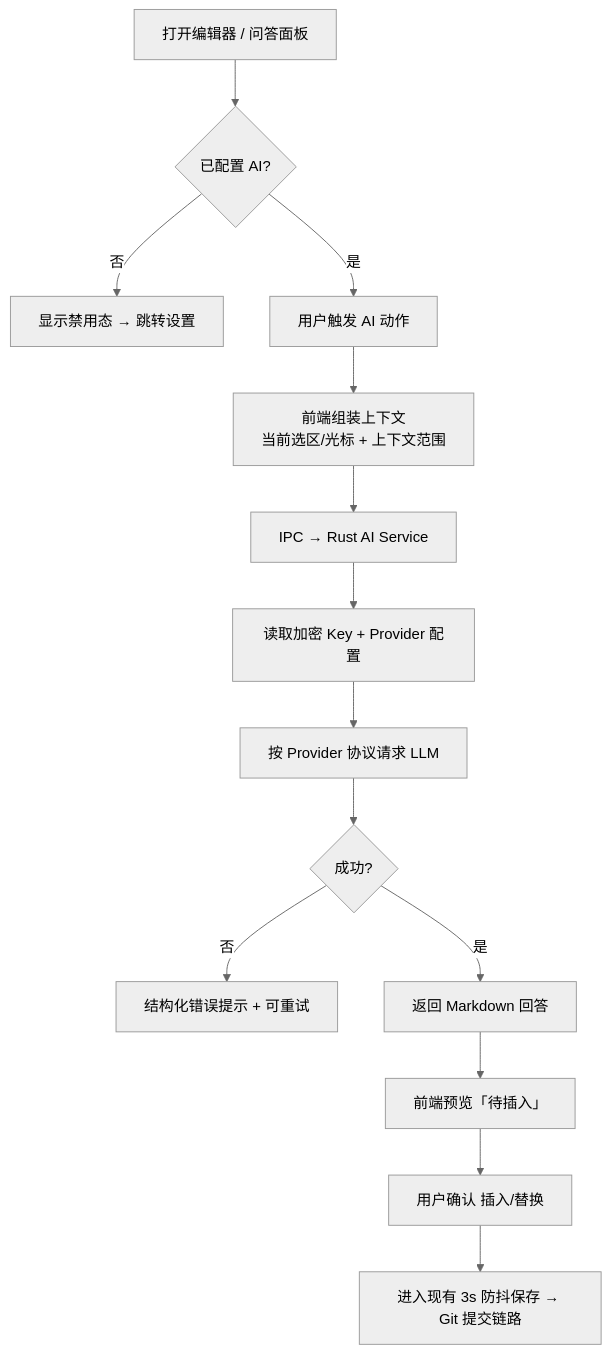
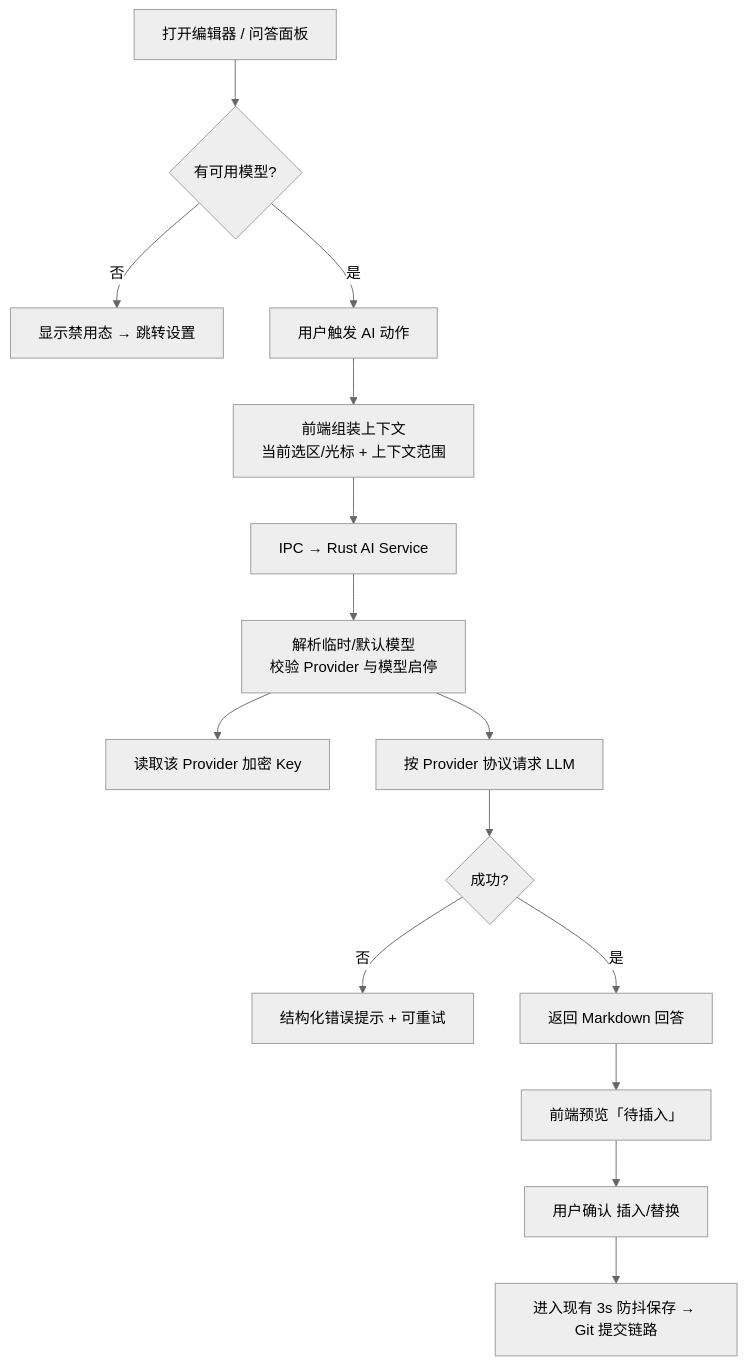
One commit to small-dream/AINote changed the diagram in docs/AI_PRODUCT_DESIGN.md. Above: the diagram before and after it, drawn with Mermaid (neutral theme). The commit also changed other lines of this file and 54 other files, not shown here.

````diff
--- a/docs/AI_PRODUCT_DESIGN.md
+++ b/docs/AI_PRODUCT_DESIGN.md
@@ -54,16 +54,17 @@
 ```mermaid
 flowchart TD
-    A[打开编辑器 / 问答面板] --> B{已配置 AI?}
+    A[打开编辑器 / 问答面板] --> B{有可用模型?}
     B -- 否 --> C[显示禁用态 → 跳转设置]
     B -- 是 --> D[用户触发 AI 动作]
     D --> E[前端组装上下文<br/>当前选区/光标 + 上下文范围]
     E --> F[IPC → Rust AI Service]
-    F --> G[读取加密 Key + Provider 配置]
+    F --> G[解析临时/默认模型<br/>校验 Provider 与模型启停]
+    G --> G2[读取该 Provider 加密 Key]
     G --> H[按 Provider 协议请求 LLM]
     H --> I{成功?}
     I -- 否 --> J[结构化错误提示 + 可重试]
     I -- 是 --> K[返回 Markdown 回答]
     K --> L[前端预览「待插入」]
     L --> M[用户确认 插入/替换]
     M --> N[进入现有 3s 防抖保存 → Git 提交链路]
 ```
````
